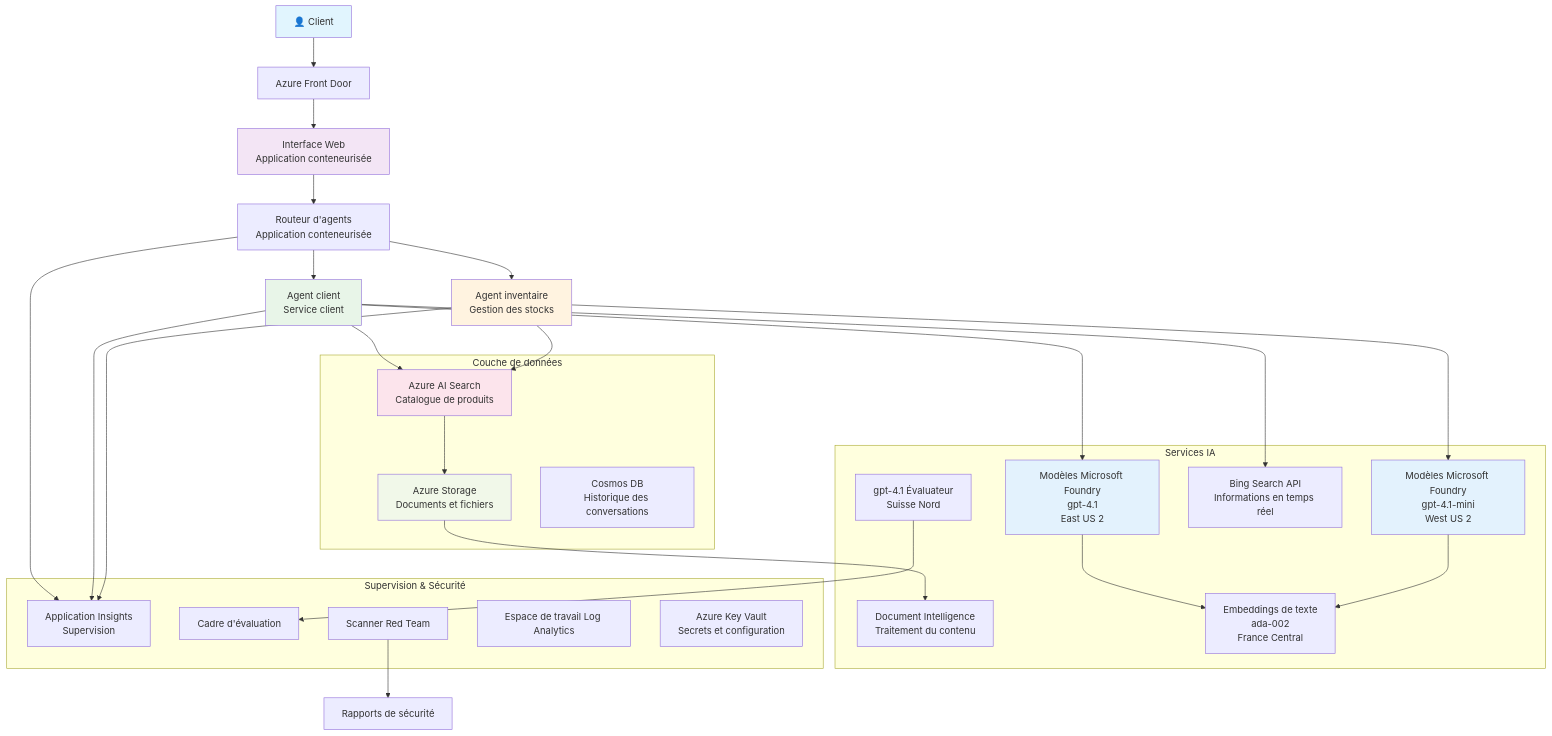
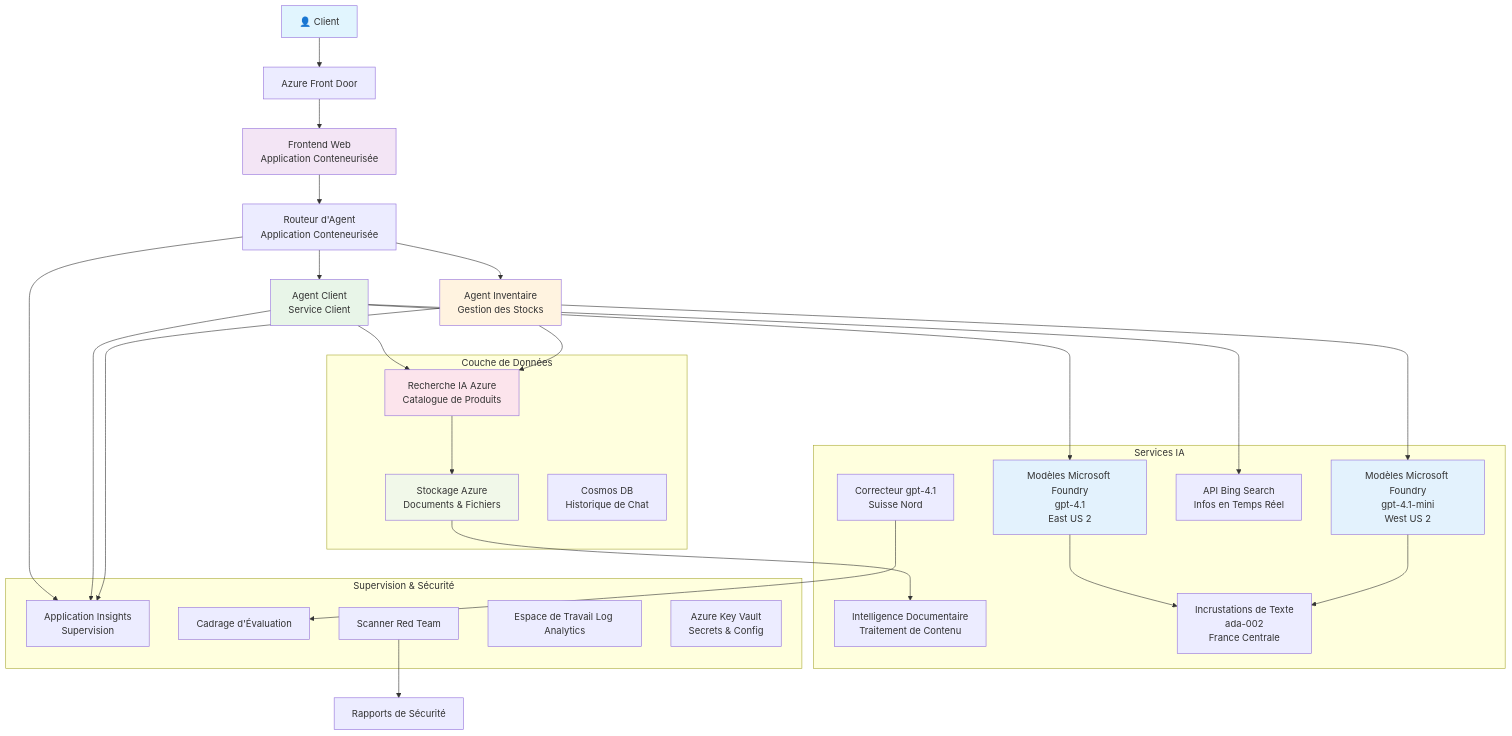
One commit to microsoft/AZD-for-beginners changed the diagram in translations/fr/examples/retail-scenario.md. Above: the diagram before and after it, drawn with Mermaid. The commit also changed other lines of this file and 104 other files, not shown here.

````diff
--- a/translations/fr/examples/retail-scenario.md
+++ b/translations/fr/examples/retail-scenario.md
@@ -139,61 +139,61 @@
 ```mermaid
 graph TB
     User[👤 Client] --> LB[Azure Front Door]
-    LB --> WebApp[Interface Web<br/>Application conteneurisée]
+    LB --> WebApp[Frontend Web<br/>Application Conteneurisée]
     
-    WebApp --> Router[Routeur d'agents<br/>Application conteneurisée]
-    Router --> CustomerAgent[Agent client<br/>Service client]
-    Router --> InvAgent[Agent inventaire<br/>Gestion des stocks]
+    WebApp --> Router[Routeur d'Agent<br/>Application Conteneurisée]
+    Router --> CustomerAgent[Agent Client<br/>Service Client]
+    Router --> InvAgent[Agent Inventaire<br/>Gestion des Stocks]
     
     CustomerAgent --> OpenAI1[Modèles Microsoft Foundry<br/>gpt-4.1<br/>East US 2]
     InvAgent --> OpenAI2[Modèles Microsoft Foundry<br/>gpt-4.1-mini<br/>West US 2]
     
-    CustomerAgent --> AISearch[Azure AI Search<br/>Catalogue de produits]
-    CustomerAgent --> BingSearch[Bing Search API<br/>Informations en temps réel]
+    CustomerAgent --> AISearch[Recherche IA Azure<br/>Catalogue de Produits]
+    CustomerAgent --> BingSearch[API Bing Search<br/>Infos en Temps Réel]
     InvAgent --> AISearch
     
-    AISearch --> Storage[Azure Storage<br/>Documents et fichiers]
-    Storage --> DocIntel[Document Intelligence<br/>Traitement du contenu]
+    AISearch --> Storage[Stockage Azure<br/>Documents & Fichiers]
+    Storage --> DocIntel[Intelligence Documentaire<br/>Traitement de Contenu]
     
-    OpenAI1 --> Embeddings[Embeddings de texte<br/>ada-002<br/>France Central]
+    OpenAI1 --> Embeddings[Incrustations de Texte<br/>ada-002<br/>France Centrale]
     OpenAI2 --> Embeddings
     
     Router --> AppInsights[Application Insights<br/>Supervision]
     CustomerAgent --> AppInsights
     InvAgent --> AppInsights
     
-    GraderModel[gpt-4.1 Évaluateur<br/>Suisse Nord] --> Evaluation[Cadre d'évaluation]
-    RedTeam[Scanner Red Team] --> SecurityReports[Rapports de sécurité]
+    GraderModel[Correcteur gpt-4.1<br/>Suisse Nord] --> Evaluation[Cadrage d'Évaluation]
+    RedTeam[Scanner Red Team] --> SecurityReports[Rapports de Sécurité]
     
-    subgraph "Couche de données"
+    subgraph "Couche de Données"
         Storage
         AISearch
-        CosmosDB[Cosmos DB<br/>Historique des conversations]
+        CosmosDB[Cosmos DB<br/>Historique de Chat]
     end
     
     subgraph "Services IA"
         OpenAI1
         OpenAI2
         Embeddings
         GraderModel
         DocIntel
         BingSearch
     end
     
     subgraph "Supervision & Sécurité"
         AppInsights
-        LogAnalytics[Espace de travail Log Analytics]
-        KeyVault[Azure Key Vault<br/>Secrets et configuration]
+        LogAnalytics[Espace de Travail Log Analytics]
+        KeyVault[Azure Key Vault<br/>Secrets & Config]
         RedTeam
         Evaluation
     end
     
     style User fill:#e1f5fe
     style WebApp fill:#f3e5f5
     style CustomerAgent fill:#e8f5e8
     style InvAgent fill:#fff3e0
     style OpenAI1 fill:#e3f2fd
     style OpenAI2 fill:#e3f2fd
     style AISearch fill:#fce4ec
     style Storage fill:#f1f8e9
 ```
````
